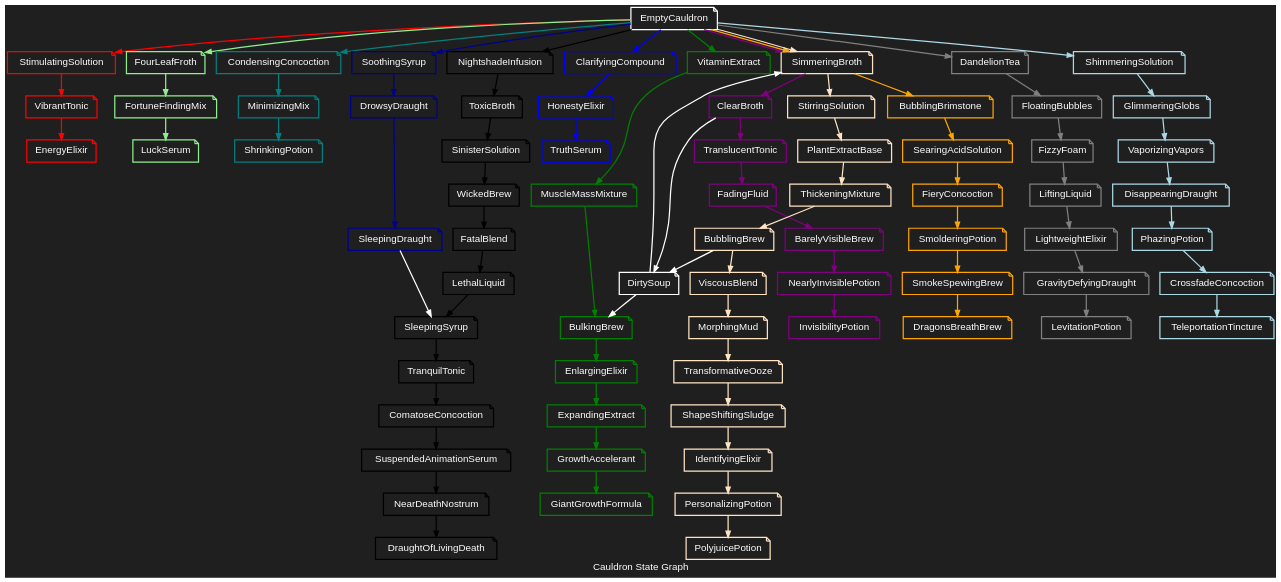
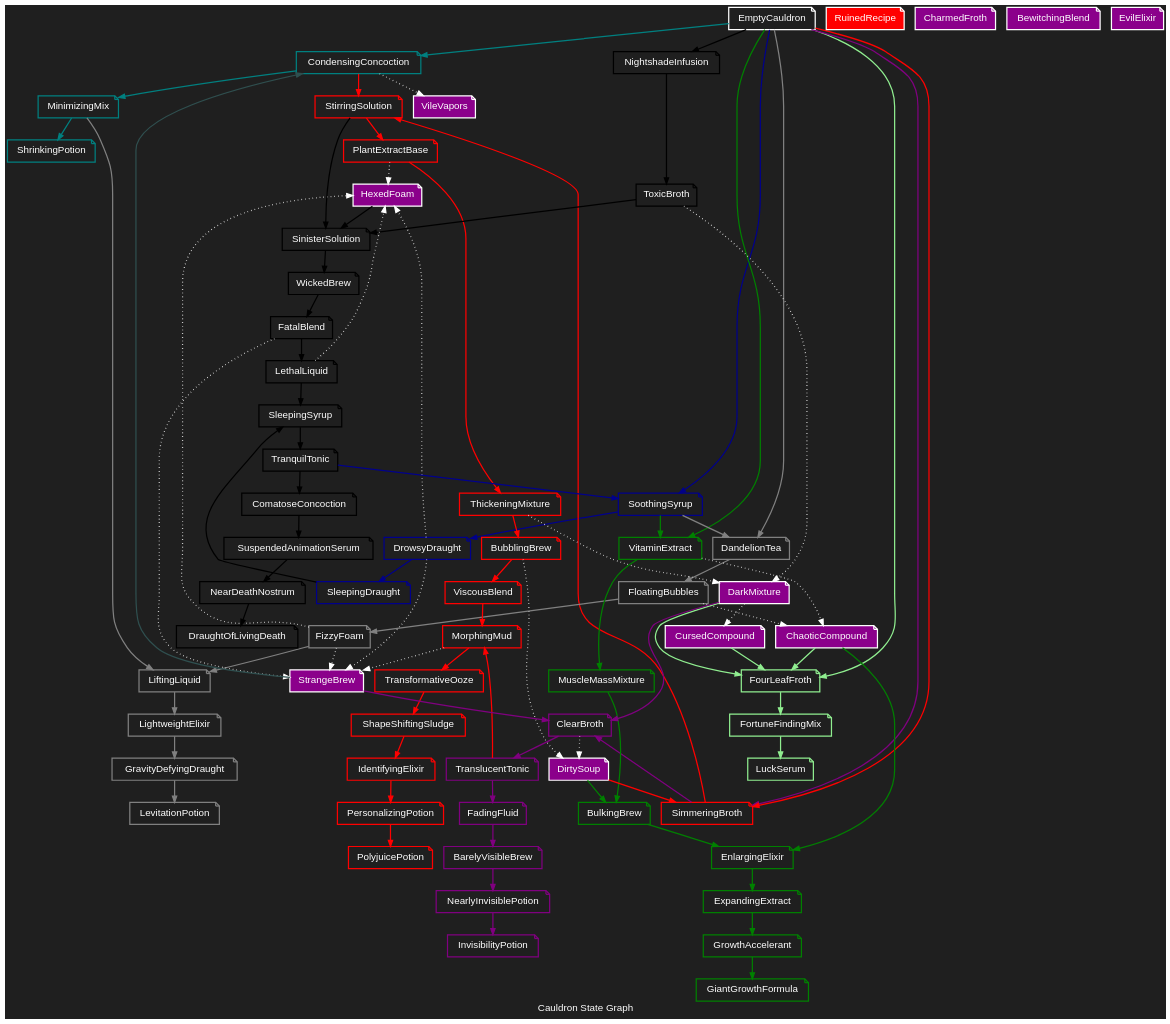
Before and after one commit to DrChristophFH/cauldron-chaos: the diagram in state-graph.dot, drawn with Graphviz.

Commit message:
Update state graph

```diff
--- a/state-graph.dot
+++ b/state-graph.dot
@@ -1,8 +1,8 @@
 digraph state_graph {
   // Define the styles
   graph [rankdir = TB; label = "Cauldron State Graph"; fontsize = 16; bgcolor = "#1F1F1F"; fontcolor = "#FFFFFF"; fontname = "Helvetica"; labelfontname = "Helvetica";];
-  node [shape = note; fontsize = 16; fontname = "Helvetica"; labelfontname = "Helvetica"; fontcolor = "#FFFFFF"; color = "#FFFFFF"; penwidth=2.0;];
-  edge [fontsize = 16; fontname = "Helvetica"; labelfontname = "Helvetica"; fontcolor = "#FFFFFF"; color = "#FFFFFF"; penwidth=2.0;];
+  node [shape = note; fontsize = 16; fontname = "Helvetica"; labelfontname = "Helvetica"; fontcolor = "#FFFFFF"; color = "#FFFFFF"; penwidth = 2.0;];
+  edge [fontsize = 16; fontname = "Helvetica"; labelfontname = "Helvetica"; fontcolor = "#FFFFFF"; color = "#FFFFFF"; penwidth = 2.0;];
   
   // -------------------- Materials --------------------
   
@@ -45,8 +45,8 @@
   EmptyCauldron;
   
   // Intermediate States
-  StimulatingSolution [color = red;];
-  VibrantTonic [color = red;];
+  // StimulatingSolution [color = red;];
+  // VibrantTonic [color = red;];
   
   FourLeafFroth [color = lightgreen;];
   FortuneFindingMix [color = lightgreen;];
@@ -57,8 +57,8 @@
   SoothingSyrup [color = darkblue;];
   DrowsyDraught [color = darkblue;];
   
-  ClarifyingCompound [color = blue;];
-  HonestyElixir [color = blue;];
+  // ClarifyingCompound [color = blue;];
+  // HonestyElixir [color = blue;];
   
   SimmeringBroth [color = purple;];
   ClearBroth [color = purple;];
@@ -74,12 +74,12 @@
   LightweightElixir [color = grey;];
   GravityDefyingDraught [color = grey;];
   
-  ShimmeringSolution [color = lightblue;];
-  GlimmeringGlobs[color = lightblue;];
-  VaporizingVapors[color = lightblue;];
-  DisappearingDraught[color = lightblue;];
-  PhazingPotion[color = lightblue;];
-  CrossfadeConcoction[color = lightblue;];
+  // ShimmeringSolution [color = lightblue;];
+  // GlimmeringGlobs[color = lightblue;];
+  // VaporizingVapors[color = lightblue;];
+  // DisappearingDraught[color = lightblue;];
+  // PhazingPotion[color = lightblue;];
+  // CrossfadeConcoction[color = lightblue;];
   
   VitaminExtract [color = green;];
   MuscleMassMixture [color = green;];
@@ -88,24 +88,24 @@
   ExpandingExtract [color = green;];
   GrowthAccelerant [color = green;];
   
-  SimmeringBroth [color = orange;];
-  BubblingBrimstone [color = orange;];
-  SearingAcidSolution [color = orange;];
-  FieryConcoction [color = orange;];
-  SmolderingPotion [color = orange;];
-  SmokeSpewingBrew [color = orange;];
+  // SimmeringBroth [color = orange;];
+  // BubblingBrimstone [color = orange;];
+  // SearingAcidSolution [color = orange;];
+  // FieryConcoction [color = orange;];
+  // SmolderingPotion [color = orange;];
+  // SmokeSpewingBrew [color = orange;];
   
-  SimmeringBroth [color = bisque;];
-  StirringSolution [color = bisque;];
-  PlantExtractBase [color = bisque;];
-  ThickeningMixture [color = bisque;];
-  BubblingBrew [color = bisque;];
-  ViscousBlend [color = bisque;];
-  MorphingMud [color = bisque;];
-  TransformativeOoze [color = bisque;];
-  ShapeShiftingSludge [color = bisque;];
-  IdentifyingElixir [color = bisque;];
-  PersonalizingPotion [color = bisque;];
+  SimmeringBroth [color = red;];
+  StirringSolution [color = red;];
+  PlantExtractBase [color = red;];
+  ThickeningMixture [color = red;];
+  BubblingBrew [color = red;];
+  ViscousBlend [color = red;];
+  MorphingMud [color = red;];
+  TransformativeOoze [color = red;];
+  ShapeShiftingSludge [color = red;];
+  IdentifyingElixir [color = red;];
+  PersonalizingPotion [color = red;];
   
   NightshadeInfusion [color = black;];
   ToxicBroth [color = black;];
@@ -120,21 +120,33 @@
   NearDeathNostrum [color = black;];
   
   // End State
-  EnergyElixir [color = red;];
+  // EnergyElixir [color = red;];
   LuckSerum [color = lightgreen;];
   ShrinkingPotion [color = teal;];
   SleepingDraught [color = darkblue;];
-  TruthSerum [color = blue;];
+  // TruthSerum [color = blue;];
   InvisibilityPotion [color = purple;];
   LevitationPotion [color = grey;];
-  TeleportationTincture [color = lightblue;];
+  // TeleportationTincture [color = lightblue;];
   GiantGrowthFormula [color = green;];
-  DragonsBreathBrew [color = orange;];
-  PolyjuicePotion [color = bisque;];
+  // DragonsBreathBrew [color = orange;];
+  PolyjuicePotion [color = red;];
   DraughtOfLivingDeath [color = black;];
-
+  
+  // Game Over
+  RuinedRecipe [style = filled;fillcolor = red;];
+  
   // Inter Recipe States
-  DirtySoup [color = "#FFFFFF";];
+  DirtySoup [style = filled;fillcolor = darkmagenta;];
+  StrangeBrew [style = filled;fillcolor = darkmagenta;];
+  DarkMixture [style = filled;fillcolor = darkmagenta;];
+  CursedCompound [style = filled;fillcolor = darkmagenta;];
+  ChaoticCompound [style = filled;fillcolor = darkmagenta;];
+  HexedFoam [style = filled;fillcolor = darkmagenta;];
+  CharmedFroth [style = filled;fillcolor = darkmagenta;];
+  BewitchingBlend [style = filled;fillcolor = darkmagenta;];
+  EvilElixir [style = filled;fillcolor = darkmagenta;];
+  VileVapors [style = filled;fillcolor = darkmagenta;];
   
   // -------------------- Potions --------------------
   // difficulty depends on the intended path length
@@ -143,9 +155,9 @@
   // length = 5+ -> hard
   
   // Energy Elixir
-  EmptyCauldron -> StimulatingSolution [color = red;];
-  StimulatingSolution -> VibrantTonic [color = red;];
-  VibrantTonic -> EnergyElixir [color = red;];
+  // EmptyCauldron -> StimulatingSolution [color = red;];
+  // StimulatingSolution -> VibrantTonic [color = red;];
+  // VibrantTonic -> EnergyElixir [color = red;];
   
   // Luck Serum
   EmptyCauldron -> FourLeafFroth [color = lightgreen;];
@@ -163,9 +175,9 @@
   DrowsyDraught -> SleepingDraught [color = darkblue;];
   
   // Truth Serum
-  EmptyCauldron -> ClarifyingCompound [color = blue;];
-  ClarifyingCompound -> HonestyElixir [color = blue;];
-  HonestyElixir -> TruthSerum [color = blue;];
+  // EmptyCauldron -> ClarifyingCompound [color = blue;];
+  // ClarifyingCompound -> HonestyElixir [color = blue;];
+  // HonestyElixir -> TruthSerum [color = blue;];
   
   // Invisibility Potion
   EmptyCauldron -> SimmeringBroth [color = purple;];
@@ -186,13 +198,13 @@
   GravityDefyingDraught -> LevitationPotion [color = gray;];
   
   // Teleportation Tincture
-  EmptyCauldron -> ShimmeringSolution [color = lightblue;];
-  ShimmeringSolution -> GlimmeringGlobs [color = lightblue;];
-  GlimmeringGlobs -> VaporizingVapors [color = lightblue;];
-  VaporizingVapors -> DisappearingDraught [color = lightblue;];
-  DisappearingDraught -> PhazingPotion [color = lightblue;];
-  PhazingPotion -> CrossfadeConcoction [color = lightblue;];
-  CrossfadeConcoction -> TeleportationTincture [color = lightblue;];
+  // EmptyCauldron -> ShimmeringSolution [color = lightblue;];
+  // ShimmeringSolution -> GlimmeringGlobs [color = lightblue;];
+  // GlimmeringGlobs -> VaporizingVapors [color = lightblue;];
+  // VaporizingVapors -> DisappearingDraught [color = lightblue;];
+  // DisappearingDraught -> PhazingPotion [color = lightblue;];
+  // PhazingPotion -> CrossfadeConcoction [color = lightblue;];
+  // CrossfadeConcoction -> TeleportationTincture [color = lightblue;];
   
   // Giant's Growth Formula
   EmptyCauldron -> VitaminExtract [color = green;];
@@ -204,27 +216,27 @@
   GrowthAccelerant -> GiantGrowthFormula [color = green;];
   
   // Dragon's Breath Brew
-  EmptyCauldron -> SimmeringBroth [color = orange;];
-  SimmeringBroth -> BubblingBrimstone [color = orange;];
-  BubblingBrimstone -> SearingAcidSolution [color = orange;];
-  SearingAcidSolution -> FieryConcoction [color = orange;];
-  FieryConcoction -> SmolderingPotion [color = orange;];
-  SmolderingPotion -> SmokeSpewingBrew [color = orange;];
-  SmokeSpewingBrew -> DragonsBreathBrew [color = orange;];
+  // EmptyCauldron -> SimmeringBroth [color = orange;];
+  // SimmeringBroth -> BubblingBrimstone [color = orange;];
+  // BubblingBrimstone -> SearingAcidSolution [color = orange;];
+  // SearingAcidSolution -> FieryConcoction [color = orange;];
+  // FieryConcoction -> SmolderingPotion [color = orange;];
+  // SmolderingPotion -> SmokeSpewingBrew [color = orange;];
+  // SmokeSpewingBrew -> DragonsBreathBrew [color = orange;];
   
   // Polyjuice Potion
-  EmptyCauldron -> SimmeringBroth [color = bisque;];
-  SimmeringBroth -> StirringSolution [color = bisque;];
-  StirringSolution -> PlantExtractBase [color = bisque;];
-  PlantExtractBase -> ThickeningMixture [color = bisque;];
-  ThickeningMixture -> BubblingBrew [color = bisque;];
-  BubblingBrew -> ViscousBlend [color = bisque;];
-  ViscousBlend -> MorphingMud [color = bisque;];
-  MorphingMud -> TransformativeOoze [color = bisque;];
-  TransformativeOoze -> ShapeShiftingSludge [color = bisque;];
-  ShapeShiftingSludge -> IdentifyingElixir [color = bisque;];
-  IdentifyingElixir -> PersonalizingPotion [color = bisque;];
-  PersonalizingPotion -> PolyjuicePotion [color = bisque;];
+  EmptyCauldron -> SimmeringBroth [color = red;];
+  SimmeringBroth -> StirringSolution [color = red;];
+  StirringSolution -> PlantExtractBase [color = red;];
+  PlantExtractBase -> ThickeningMixture [color = red;];
+  ThickeningMixture -> BubblingBrew [color = red;];
+  BubblingBrew -> ViscousBlend [color = red;];
+  ViscousBlend -> MorphingMud [color = red;];
+  MorphingMud -> TransformativeOoze [color = red;];
+  TransformativeOoze -> ShapeShiftingSludge [color = red;];
+  ShapeShiftingSludge -> IdentifyingElixir [color = red;];
+  IdentifyingElixir -> PersonalizingPotion [color = red;];
+  PersonalizingPotion -> PolyjuicePotion [color = red;];
   
   // Draught of Living Death
   EmptyCauldron -> NightshadeInfusion [color = black;];
@@ -242,55 +254,55 @@
   
   // -------------------- Cross Recipe Connections --------------------
   
-  SleepingDraught -> SleepingSyrup; // has to be a big transition
+  SleepingDraught -> SleepingSyrup [color = black;];
+  // has to be a big transition
+  StirringSolution -> SinisterSolution [color = black;];
+  TranslucentTonic -> MorphingMud [color = red;];
+  SoothingSyrup -> VitaminExtract [color = green;];
+  SoothingSyrup -> DandelionTea [color = gray;];
+  DrowsyDraught -> StrangeBrew [style = dotted;];
+  TranquilTonic -> SoothingSyrup [color = darkblue;];
+  CondensingConcoction -> StirringSolution [color = red;];
+  MinimizingMix -> LiftingLiquid [color = gray;];
   
   
   // -------------------- Inter Recipe States --------------------
   // Dirty Soup
-  ClearBroth -> DirtySoup;
-  BubblingBrew -> DirtySoup;
-  DirtySoup -> SimmeringBroth;
-  DirtySoup -> BulkingBrew;
+  ClearBroth -> DirtySoup [style = dotted;];
+  BubblingBrew -> DirtySoup [style = dotted;];
+  DirtySoup -> SimmeringBroth [color = red;];
+  DirtySoup -> BulkingBrew [color = green;];
   
+  // Strange Brew
+  FizzyFoam -> StrangeBrew [style = dotted;];
+  FatalBlend -> StrangeBrew [style = dotted;];
+  MorphingMud -> StrangeBrew [style = dotted;];
+  StrangeBrew -> CondensingConcoction [color = darkslategrey;];
+  StrangeBrew -> ClearBroth [color = purple;];
   
-  // DirtySoup;
-  // SimmeringBroth;
-  // BubblingStew;
-  // ThickeningGoo;
-  // StrangeBrew
-  // FoulConcoction
-  // WitchsBrew
-  // MagicalMixture
-  // MysticalBlend
-  // SpellbindingPotion
-  // EnchantedElixir
-  // TransformativeDraught
-  // MetamorphosisMix
-  // ShapeShiftingSerum
-  // CursedCompound;
-  // LevitationLiquid
-  // TeleportationTincture
-  // TimeTravelTonic
-  // DragonsBreathBrew
-  // GiantsGrowthFormula
-  // WizardsWisdomWater
-  // WarlocksWickedWares
-  // SorcerersSecretSauce
-  // AlchemistsAmalgamation
-  // DarkArtsDraught
-  // ForbiddenFormula
+  // Dark Mixture
+  ToxicBroth -> DarkMixture [style = dotted;];
+  ThickeningMixture -> DarkMixture [style = dotted;];
+  DarkMixture -> FourLeafFroth [color = lightgreen;];
+  DarkMixture -> ClearBroth [color = purple;];
+  
   // CursedCompound
-  // HexedHumor
-  // CharmedChyme
-  // BewitchingBlend
-  // EvilElixir;
-  // VileVapors
-  // RevoltingResidue
-  // CongealedAbomination
-  // FailedExperiment
-  // VolatileConcoction
-  // UnstablePotion
+  DarkMixture -> CursedCompound [style = dotted;];
+  CursedCompound -> FourLeafFroth [color = lightgreen;];
+  
   // ChaoticCompound
-  // DangerousDraught;
-  // RuinedRecipe; // Game Over KABOOM!!!
+  VitaminExtract -> ChaoticCompound [style = dotted;];
+  FloatingBubbles -> ChaoticCompound [style = dotted;];
+  ChaoticCompound -> FourLeafFroth [color = lightgreen;];
+  ChaoticCompound -> EnlargingElixir [color = green;];
+
+  // Hexed Foam
+  FizzyFoam -> HexedFoam [style = dotted;];
+  PlantExtractBase -> HexedFoam [style = dotted;];
+  LethalLiquid -> HexedFoam [style = dotted;];
+  DrowsyDraught -> HexedFoam [style = dotted;];
+  HexedFoam -> SinisterSolution [color = black;];
+
+  // Vile Vapors
+  CondensingConcoction -> VileVapors [style = dotted;];
 }
```
